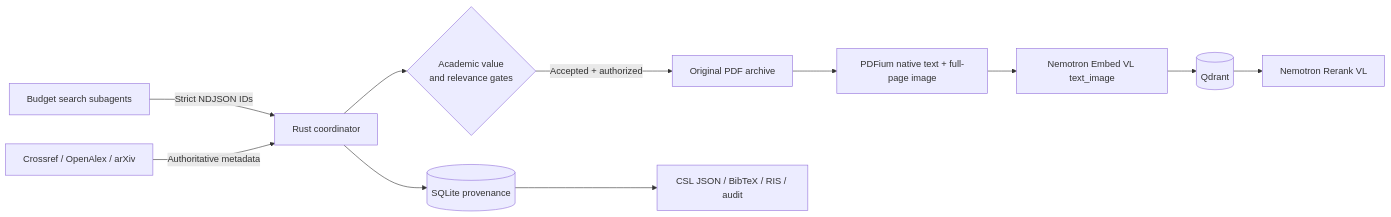
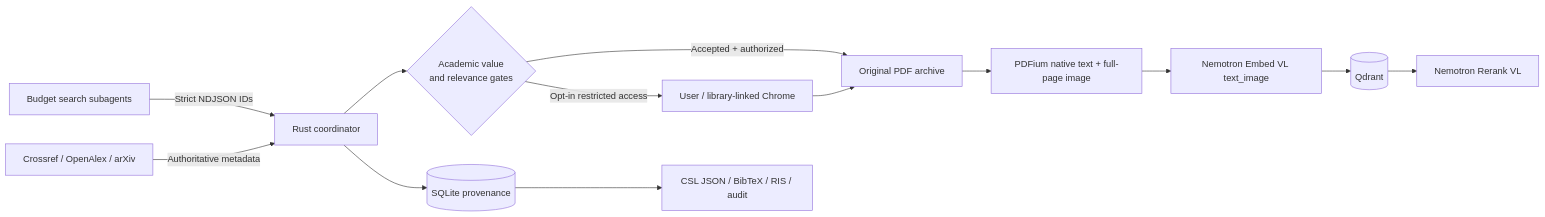
One commit to Ruisi-Lu/academic-literature-mining-skill changed the diagram in README.md. Above: the diagram before and after it, drawn with Mermaid. The commit also changed other lines of this file and 4 other files, not shown here.

````diff
--- a/README.md
+++ b/README.md
@@ -33,13 +38,15 @@
 ```mermaid
 flowchart LR
     A[Budget search subagents] -->|Strict NDJSON IDs| B[Rust coordinator]
     C[Crossref / OpenAlex / arXiv] -->|Authoritative metadata| B
     B --> D{Academic value<br/>and relevance gates}
     D -->|Accepted + authorized| E[Original PDF archive]
+    D -->|Opt-in restricted access| M[User / library-linked Chrome]
+    M --> E
     E --> F[PDFium native text + full-page image]
     F --> G[Nemotron Embed VL text_image]
     G --> H[(Qdrant)]
     H --> I[Nemotron Rerank VL]
     B --> J[(SQLite provenance)]
     J --> K[CSL JSON / BibTeX / RIS / audit]
 ```
````
